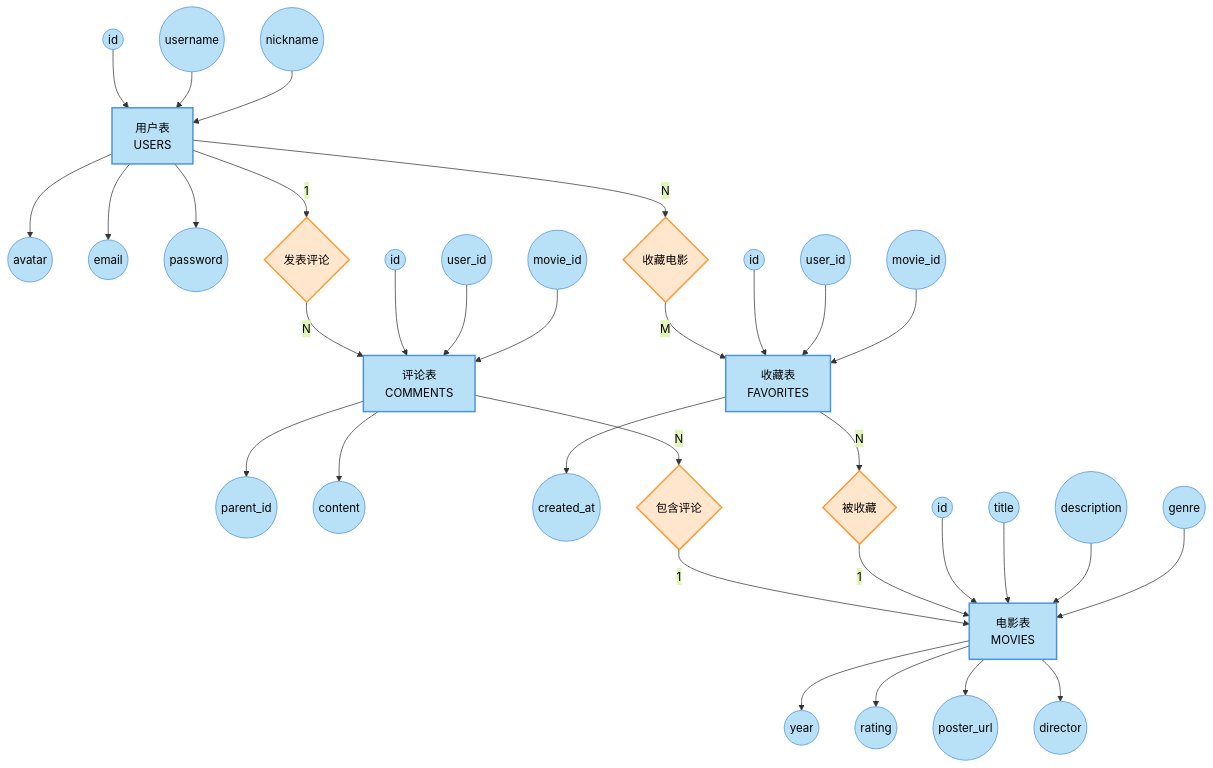
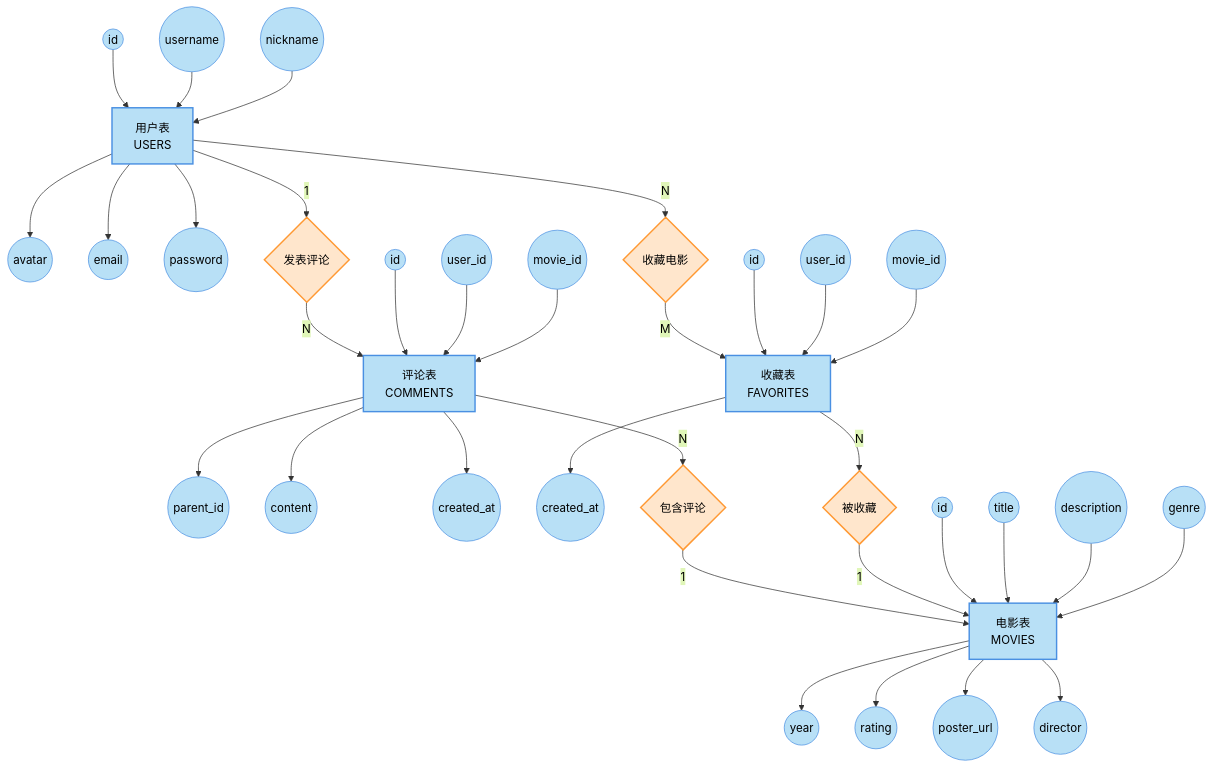
One commit to keyoshoin/movie-website changed the fifth of 18 diagrams in docs/架构设计.md. Above: the diagram before and after it, drawn with Mermaid.

Commit message:
优化ER图：调整节点顺序避免线条交叉

````diff
--- a/docs/架构设计.md
+++ b/docs/架构设计.md
@@ -177,81 +177,80 @@
 ```mermaid
 %%{init: {'theme': 'base', 'themeVariables': { 'background': '#ffffff', 'primaryColor': '#B8E0F6', 'primaryTextColor': '#000000', 'primaryBorderColor': '#4A90E2', 'lineColor': '#333333', 'tertiaryColor': '#ffffff'}}}%%
 graph TD
-    %% 顶部：用户实体及属性（居中）
+    %% 顶部：用户实体及属性
     UserId1((id))
     UserId2((username))
     UserId3((nickname))
-    UserId1 --> Users
+    UserId1 --> Users[用户表<br/>USERS]
     UserId2 --> Users
     UserId3 --> Users
-    
-    Users[用户表<br/>USERS]
     
     Users --> UserAttr1((avatar))
     Users --> UserAttr2((email))
     Users --> UserAttr3((password))
     
-    %% 第二层：左右对称的关系
+    %% 第二层：用户发起的两个关系
     Users -->|1| PublishRel{发表评论}
     Users -->|N| FavoriteRel{收藏电影}
     
-    %% 第三层：左右对称的实体
+    %% 第三层左侧：评论分支
     PublishRel -->|N| Comments[评论表<br/>COMMENTS]
-    FavoriteRel -->|M| Favorites[收藏表<br/>FAVORITES]
     
-    %% 评论表属性（左侧）
     CommentId1((id))
     CommentId2((user_id))
     CommentId3((movie_id))
     
     CommentId1 --> Comments
     CommentId2 --> Comments
     CommentId3 --> Comments
     
     Comments --> CommentAttr1((parent_id))
     Comments --> CommentAttr2((content))
+    Comments --> CommentAttr3((created_at))
     
-    %% 收藏表属性（右侧）
+    %% 第三层右侧：收藏分支
+    FavoriteRel -->|M| Favorites[收藏表<br/>FAVORITES]
+    
     FavId1((id))
     FavId2((user_id))
     FavId3((movie_id))
     
     FavId1 --> Favorites
     FavId2 --> Favorites
     FavId3 --> Favorites
     
     Favorites --> FavAttr1((created_at))
     
-    %% 第四层：左右对称的关系
+    %% 第四层：两个关系连接到电影
     Comments -->|N| HasCommentRel{包含评论}
+    HasCommentRel -->|1| Movies[电影表<br/>MOVIES]
+    
     Favorites -->|N| IsFavoritedRel{被收藏}
-    
-    HasCommentRel -->|1| Movies[电影表<br/>MOVIES]
     IsFavoritedRel -->|1| Movies
     
-    %% 底部：电影实体及属性（居中）
+    %% 底部：电影实体及属性
     MovieId1((id))
     MovieId2((title))
     MovieId3((description))
     MovieId4((genre))
     
     MovieId1 --> Movies
     MovieId2 --> Movies
     MovieId3 --> Movies
     MovieId4 --> Movies
     
     Movies --> MovieAttr1((year))
     Movies --> MovieAttr2((rating))
     Movies --> MovieAttr3((poster_url))
     Movies --> MovieAttr4((director))
     
     style Users fill:#B8E0F6,stroke:#4A90E2,stroke-width:2px,color:#000000
     style Movies fill:#B8E0F6,stroke:#4A90E2,stroke-width:2px,color:#000000
     style Comments fill:#B8E0F6,stroke:#4A90E2,stroke-width:2px,color:#000000
     style Favorites fill:#B8E0F6,stroke:#4A90E2,stroke-width:2px,color:#000000
     
     style PublishRel fill:#FFE6CC,stroke:#FF9933,stroke-width:2px,color:#000000
     style HasCommentRel fill:#FFE6CC,stroke:#FF9933,stroke-width:2px,color:#000000
     style FavoriteRel fill:#FFE6CC,stroke:#FF9933,stroke-width:2px,color:#000000
     style IsFavoritedRel fill:#FFE6CC,stroke:#FF9933,stroke-width:2px,color:#000000
 ```
````
